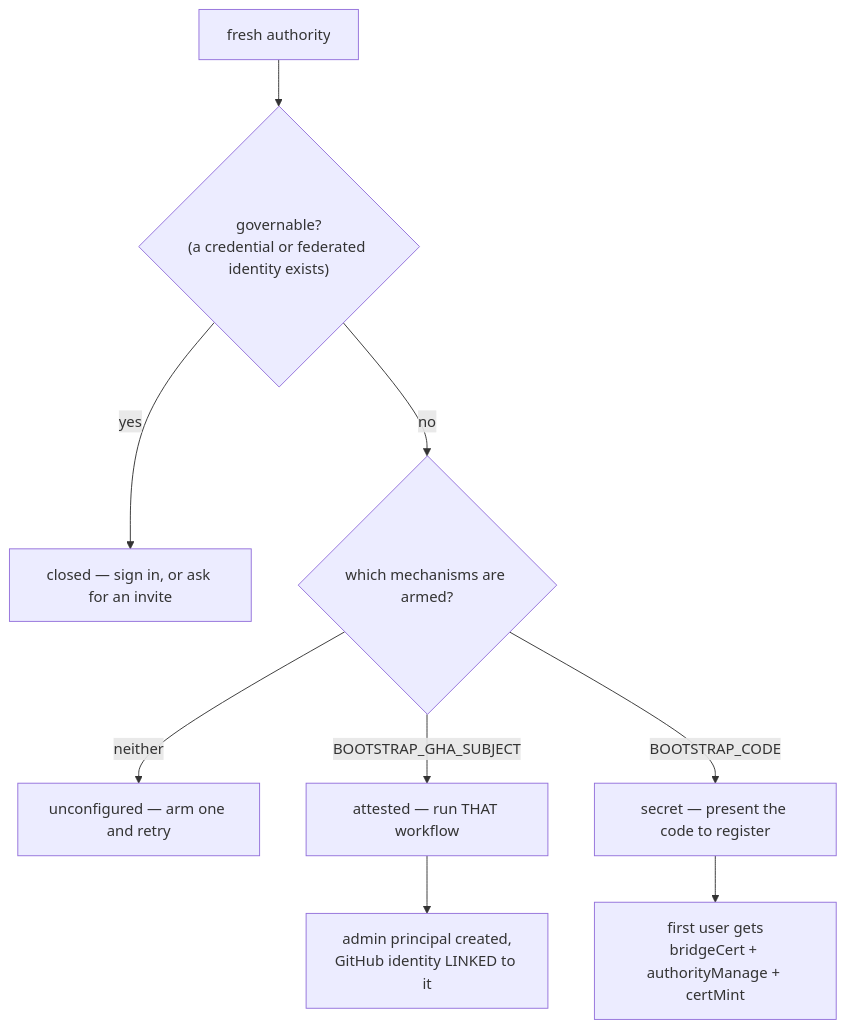
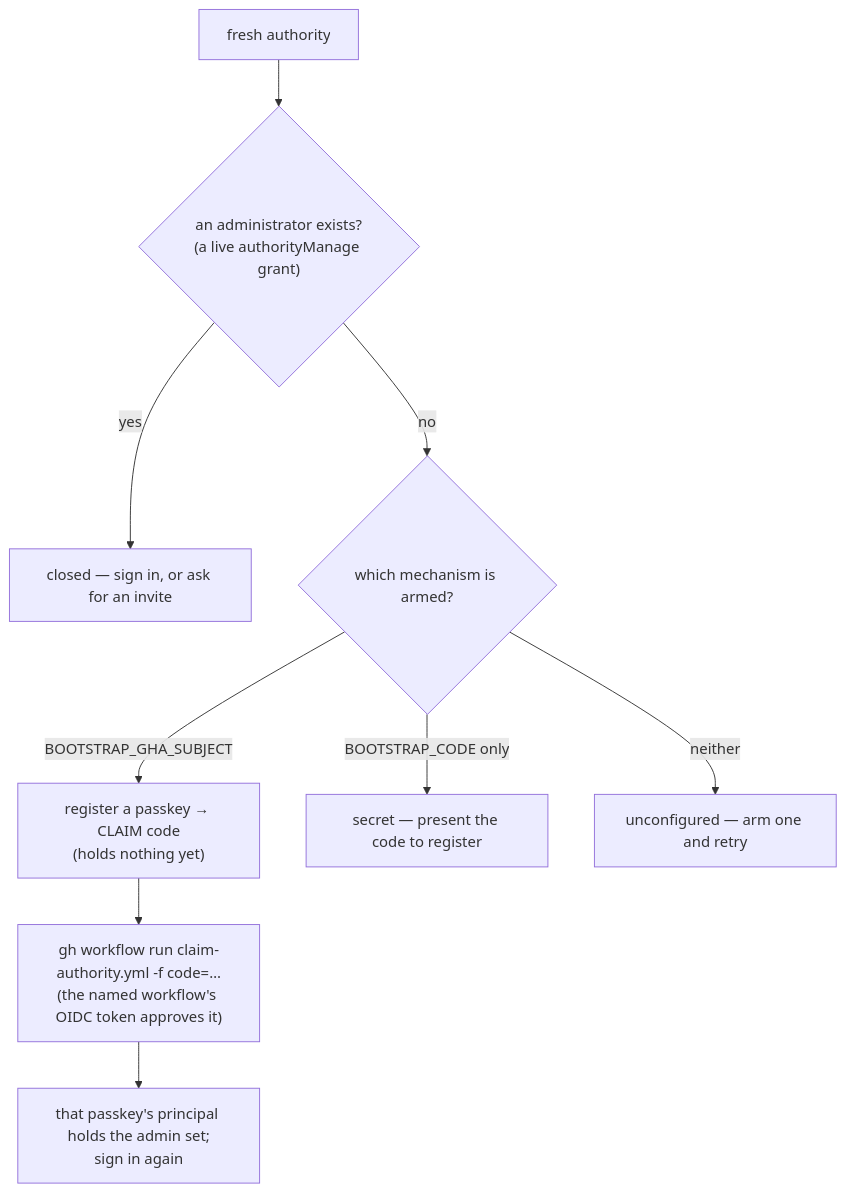
Before and after one commit to agentic-research/notme: the fourth of 6 diagrams in docs/FLOWS.md, drawn with Mermaid. The commit also changed other lines of this file and 11 other files, not shown here.

````diff
--- a/docs/FLOWS.md
+++ b/docs/FLOWS.md
@@ -130,11 +130,11 @@
 ```mermaid
 graph TD
-    A["fresh authority"] --> B{"governable?<br/>(a credential or federated identity exists)"}
+    A["fresh authority"] --> B{"an administrator exists?<br/>(a live authorityManage grant)"}
     B -->|yes| C["closed — sign in, or ask for an invite"]
-    B -->|no| D{"which mechanisms are armed?"}
+    B -->|no| D{"which mechanism is armed?"}
+    D -->|BOOTSTRAP_GHA_SUBJECT| F["register a passkey → CLAIM code<br/>(holds nothing yet)"]
+    F --> G["gh workflow run claim-authority.yml -f code=…<br/>(the named workflow's OIDC token approves it)"]
+    G --> H["that passkey's principal holds the admin set;<br/>sign in again"]
+    D -->|BOOTSTRAP_CODE only| I["secret — present the code to register"]
     D -->|neither| E["unconfigured — arm one and retry"]
-    D -->|BOOTSTRAP_GHA_SUBJECT| F["attested — run THAT workflow"]
-    D -->|BOOTSTRAP_CODE| G["secret — present the code to register"]
-    F --> H["admin principal created,<br/>GitHub identity LINKED to it"]
-    G --> I["first user gets<br/>bridgeCert + authorityManage + certMint"]
 ```
````
